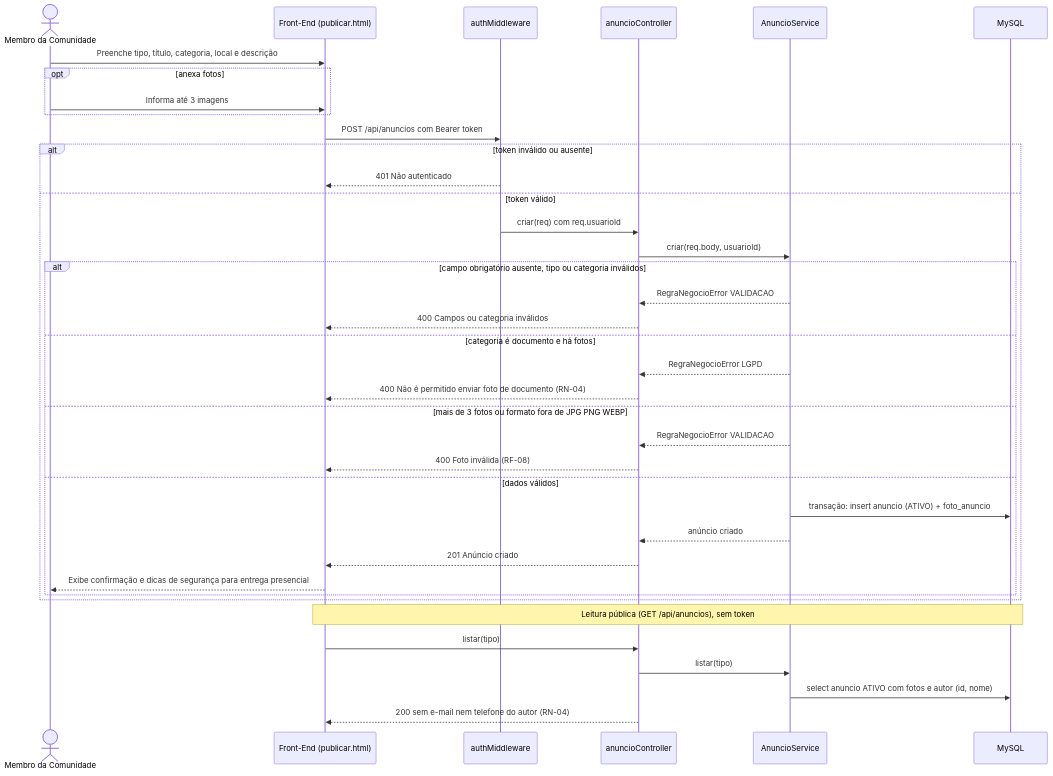
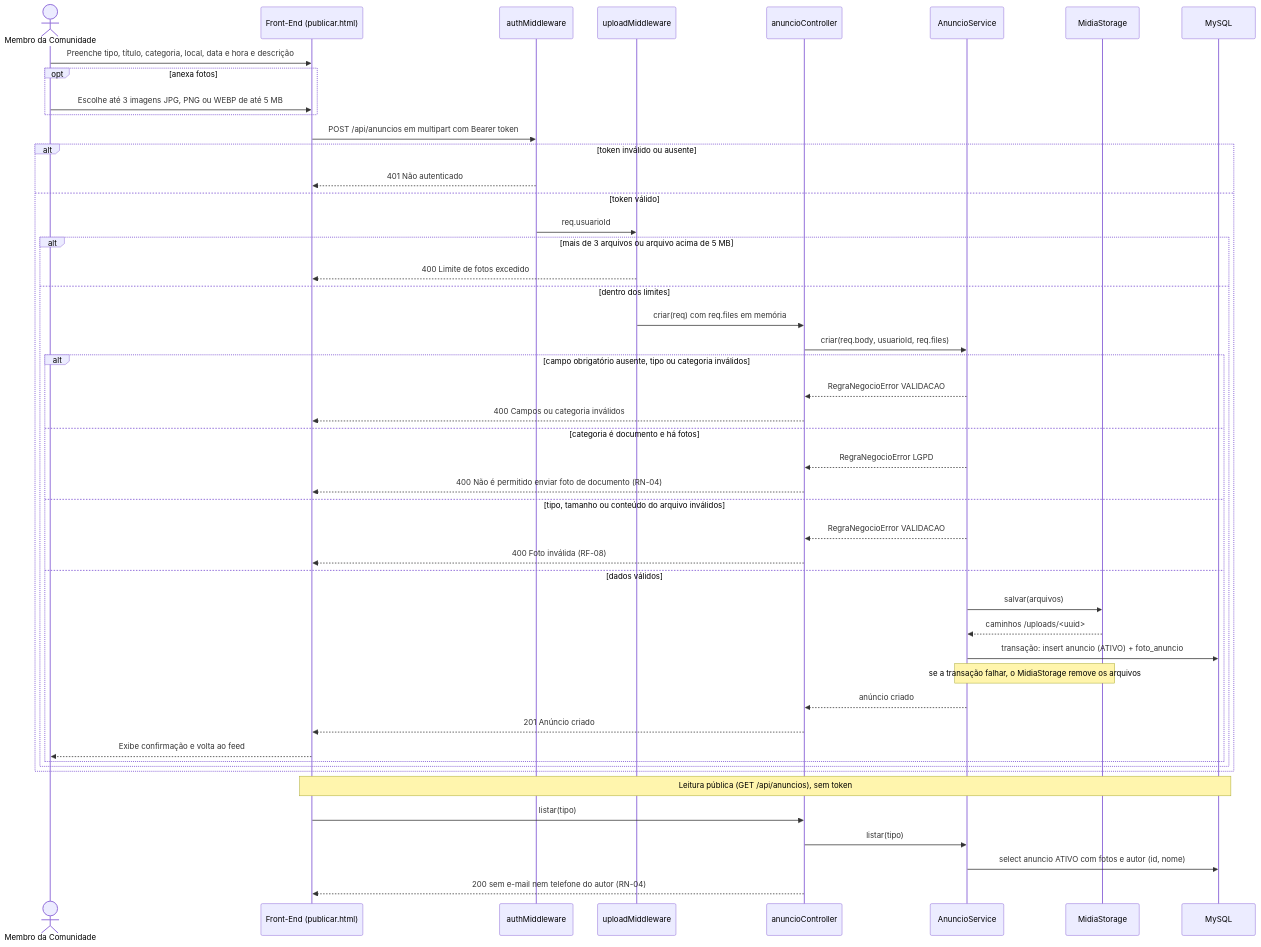
One commit to Matheus-Castro-Paula/Radar-UFLA changed the third of 6 diagrams in docs/modelagem/modelagem.md. Above: the diagram before and after it, drawn with Mermaid. The commit also changed other lines of this file, not shown here.

Commit message:
docs(sprint-06): atualiza modelagem com data_ocorrencia e upload
- sequência 2.3: envio em multipart com uploadMiddleware e MidiaStorage
- classes 3.1 e ER 3.2: data_ocorrencia, mime_type e tamanho_bytes
- classes 3.3: uploadMiddleware e MidiaStorage
- matriz, correspondência com o código, refinamentos e histórico

Refs #40

````diff
--- a/docs/modelagem/modelagem.md
+++ b/docs/modelagem/modelagem.md
@@ -153,42 +153,52 @@
 ```mermaid
 sequenceDiagram
     actor M as Membro da Comunidade
     participant F as Front-End (publicar.html)
     participant MW as authMiddleware
+    participant U as uploadMiddleware
     participant C as anuncioController
     participant S as AnuncioService
+    participant A as MidiaStorage
     participant DB as MySQL
 
-    M->>F: Preenche tipo, título, categoria, local e descrição
+    M->>F: Preenche tipo, título, categoria, local, data e hora e descrição
     opt anexa fotos
-        M->>F: Informa até 3 imagens
+        M->>F: Escolhe até 3 imagens JPG, PNG ou WEBP de até 5 MB
     end
-    F->>MW: POST /api/anuncios com Bearer token
+    F->>MW: POST /api/anuncios em multipart com Bearer token
     alt token inválido ou ausente
         MW-->>F: 401 Não autenticado
     else token válido
-        MW->>C: criar(req) com req.usuarioId
-        C->>S: criar(req.body, usuarioId)
-        alt campo obrigatório ausente, tipo ou categoria inválidos
-            S-->>C: RegraNegocioError VALIDACAO
-            C-->>F: 400 Campos ou categoria inválidos
-        else categoria é documento e há fotos
-            S-->>C: RegraNegocioError LGPD
-            C-->>F: 400 Não é permitido enviar foto de documento (RN-04)
-        else mais de 3 fotos ou formato fora de JPG PNG WEBP
-            S-->>C: RegraNegocioError VALIDACAO
-            C-->>F: 400 Foto inválida (RF-08)
-        else dados válidos
-            S->>DB: transação: insert anuncio (ATIVO) + foto_anuncio
-            S-->>C: anúncio criado
-            C-->>F: 201 Anúncio criado
-            F-->>M: Exibe confirmação e dicas de segurança para entrega presencial
+        MW->>U: req.usuarioId
+        alt mais de 3 arquivos ou arquivo acima de 5 MB
+            U-->>F: 400 Limite de fotos excedido
+        else dentro dos limites
+            U->>C: criar(req) com req.files em memória
+            C->>S: criar(req.body, usuarioId, req.files)
+            alt campo obrigatório ausente, tipo ou categoria inválidos
+                S-->>C: RegraNegocioError VALIDACAO
+                C-->>F: 400 Campos ou categoria inválidos
+            else categoria é documento e há fotos
+                S-->>C: RegraNegocioError LGPD
+                C-->>F: 400 Não é permitido enviar foto de documento (RN-04)
+            else tipo, tamanho ou conteúdo do arquivo inválidos
+                S-->>C: RegraNegocioError VALIDACAO
+                C-->>F: 400 Foto inválida (RF-08)
+            else dados válidos
+                S->>A: salvar(arquivos)
+                A-->>S: caminhos /uploads/<uuid>
+                S->>DB: transação: insert anuncio (ATIVO) + foto_anuncio
+                Note over S,A: se a transação falhar, o MidiaStorage remove os arquivos
+                S-->>C: anúncio criado
+                C-->>F: 201 Anúncio criado
+                F-->>M: Exibe confirmação e volta ao feed
+            end
         end
     end
 
     Note over F,DB: Leitura pública (GET /api/anuncios), sem token
     F->>C: listar(tipo)
     C->>S: listar(tipo)
     S->>DB: select anuncio ATIVO com fotos e autor (id, nome)
     C-->>F: 200 sem e-mail nem telefone do autor (RN-04)
 ```
````
